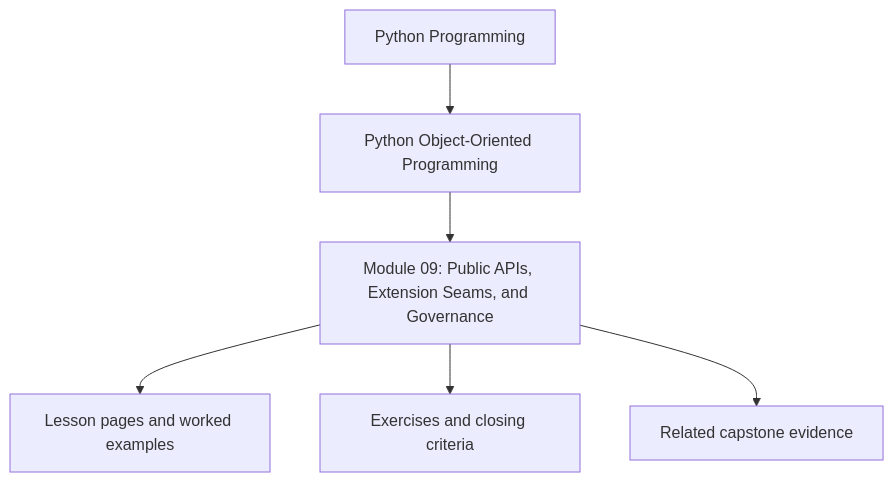
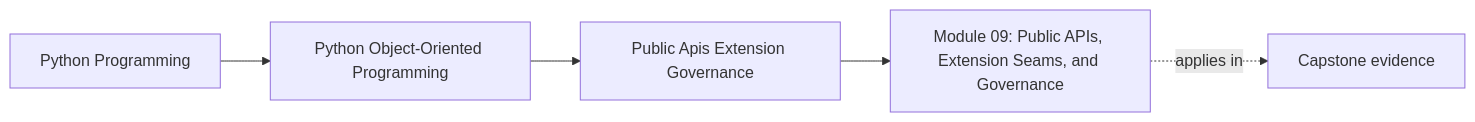
The first of 2 diagrams in programs/python-programming/python-object-oriented-programming/course-book/module-09-public-apis-extension-governance/index.md (bijux/bijux-masterclass), drawn with Mermaid before and after one commit. The commit also changed other lines of this file and 103 other files, not shown here.

Commit message:
docs(python-object-oriented-programming): map sustainment and capstone surfaces

````diff
--- a/programs/python-programming/python-object-oriented-programming/course-book/module-09-public-apis-extension-governance/index.md
+++ b/programs/python-programming/python-object-oriented-programming/course-book/module-09-public-apis-extension-governance/index.md
@@ -7,8 +7,11 @@
 ```mermaid
-flowchart TD
-  family["Python Programming"] --> program["Python Object-Oriented Programming"]
-  program --> module["Module 09: Public APIs, Extension Seams, and Governance"]
-  module --> lessons["Lesson pages and worked examples"]
-  module --> checkpoints["Exercises and closing criteria"]
-  module --> capstone["Related capstone evidence"]
+graph LR
+  family["Python Programming"]
+  program["Python Object-Oriented Programming"]
+  section["Public Apis Extension Governance"]
+  page["Module 09: Public APIs, Extension Seams, and Governance"]
+  capstone["Capstone evidence"]
+
+  family --> program --> section --> page
+  page -.applies in.-> capstone
 ```
````
